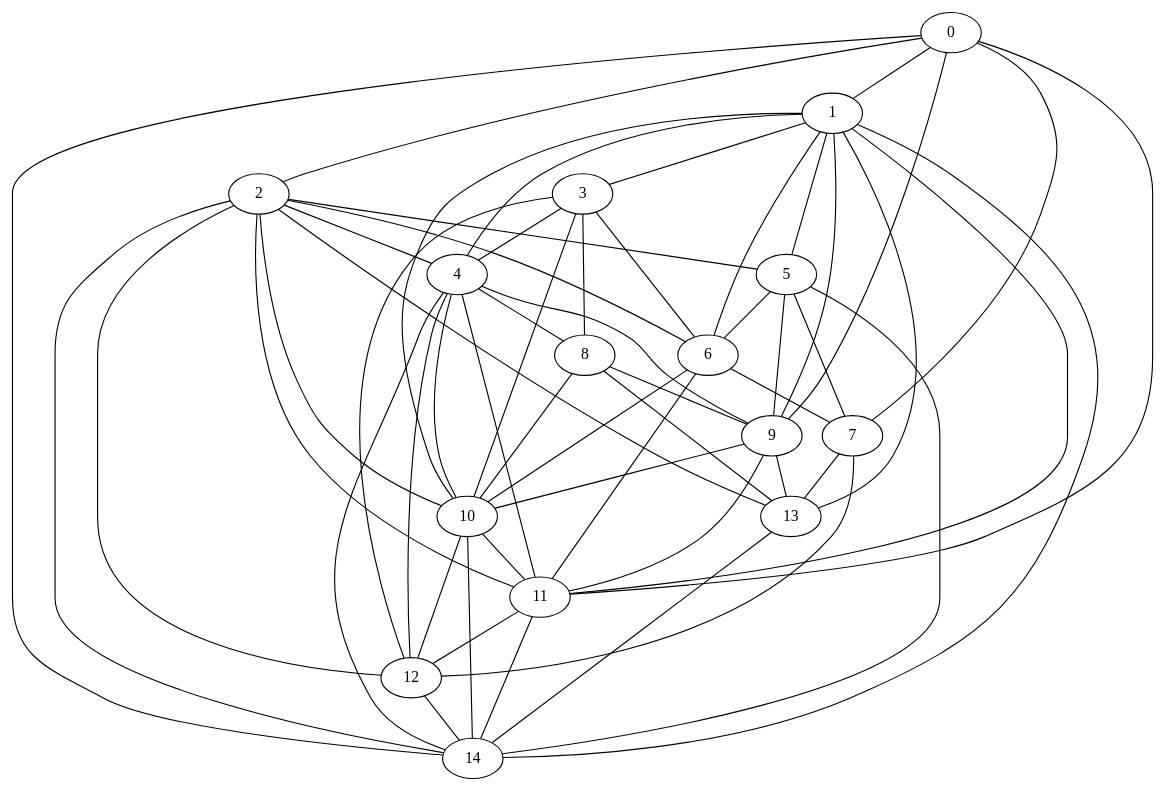
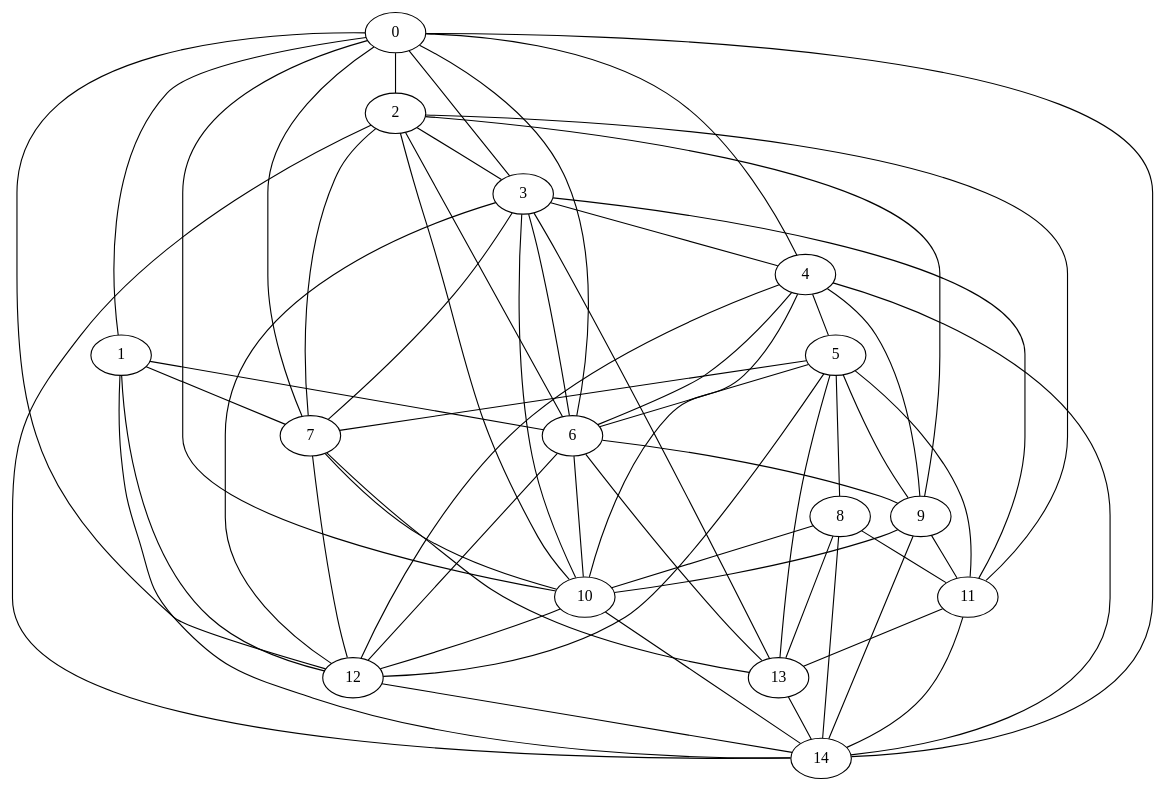
Before and after one commit to zalt00/ant_colony: the diagram in graph.dot, drawn with Graphviz. The commit also changed 9 other files, not shown here.

```diff
--- a/graph.dot
+++ b/graph.dot
@@ -1,73 +1,77 @@
 graph {
     0 [ label = "0" ]
     1 [ label = "1" ]
     2 [ label = "2" ]
     3 [ label = "3" ]
     4 [ label = "4" ]
     5 [ label = "5" ]
     6 [ label = "6" ]
     7 [ label = "7" ]
     8 [ label = "8" ]
     9 [ label = "9" ]
     10 [ label = "10" ]
     11 [ label = "11" ]
     12 [ label = "12" ]
     13 [ label = "13" ]
     14 [ label = "14" ]
-    0 -- 2 [ ]
+    0 -- 10 [ ]
+    0 -- 3 [ ]
+    0 -- 12 [ ]
+    0 -- 4 [ ]
     0 -- 14 [ ]
     0 -- 1 [ ]
-    0 -- 11 [ ]
-    0 -- 9 [ ]
+    0 -- 2 [ ]
+    0 -- 6 [ ]
     0 -- 7 [ ]
-    1 -- 5 [ ]
-    1 -- 4 [ ]
-    1 -- 13 [ ]
+    1 -- 14 [ ]
+    1 -- 12 [ ]
     1 -- 6 [ ]
-    1 -- 11 [ ]
-    1 -- 14 [ ]
-    1 -- 9 [ ]
-    1 -- 10 [ ]
-    1 -- 3 [ ]
-    2 -- 4 [ ]
-    2 -- 5 [ ]
+    1 -- 7 [ ]
+    2 -- 10 [ ]
+    2 -- 6 [ ]
+    2 -- 9 [ ]
     2 -- 11 [ ]
-    2 -- 10 [ ]
-    2 -- 12 [ ]
-    2 -- 13 [ ]
+    2 -- 3 [ ]
     2 -- 14 [ ]
-    2 -- 6 [ ]
+    2 -- 7 [ ]
+    3 -- 13 [ ]
+    3 -- 11 [ ]
+    3 -- 4 [ ]
+    3 -- 7 [ ]
     3 -- 12 [ ]
-    3 -- 4 [ ]
     3 -- 6 [ ]
-    3 -- 8 [ ]
     3 -- 10 [ ]
+    4 -- 14 [ ]
     4 -- 9 [ ]
-    4 -- 11 [ ]
-    4 -- 8 [ ]
     4 -- 10 [ ]
+    4 -- 6 [ ]
     4 -- 12 [ ]
-    4 -- 14 [ ]
-    5 -- 14 [ ]
+    4 -- 5 [ ]
+    5 -- 7 [ ]
+    5 -- 11 [ ]
+    5 -- 13 [ ]
+    5 -- 12 [ ]
+    5 -- 8 [ ]
     5 -- 9 [ ]
-    5 -- 7 [ ]
     5 -- 6 [ ]
     6 -- 10 [ ]
-    6 -- 7 [ ]
-    6 -- 11 [ ]
+    6 -- 13 [ ]
+    6 -- 9 [ ]
+    6 -- 12 [ ]
+    7 -- 10 [ ]
     7 -- 12 [ ]
     7 -- 13 [ ]
-    8 -- 9 [ ]
     8 -- 10 [ ]
+    8 -- 14 [ ]
     8 -- 13 [ ]
+    8 -- 11 [ ]
+    9 -- 10 [ ]
+    9 -- 14 [ ]
     9 -- 11 [ ]
-    9 -- 13 [ ]
-    9 -- 10 [ ]
-    10 -- 11 [ ]
+    10 -- 14 [ ]
     10 -- 12 [ ]
-    10 -- 14 [ ]
-    11 -- 12 [ ]
     11 -- 14 [ ]
+    11 -- 13 [ ]
     12 -- 14 [ ]
     13 -- 14 [ ]
 }
```
